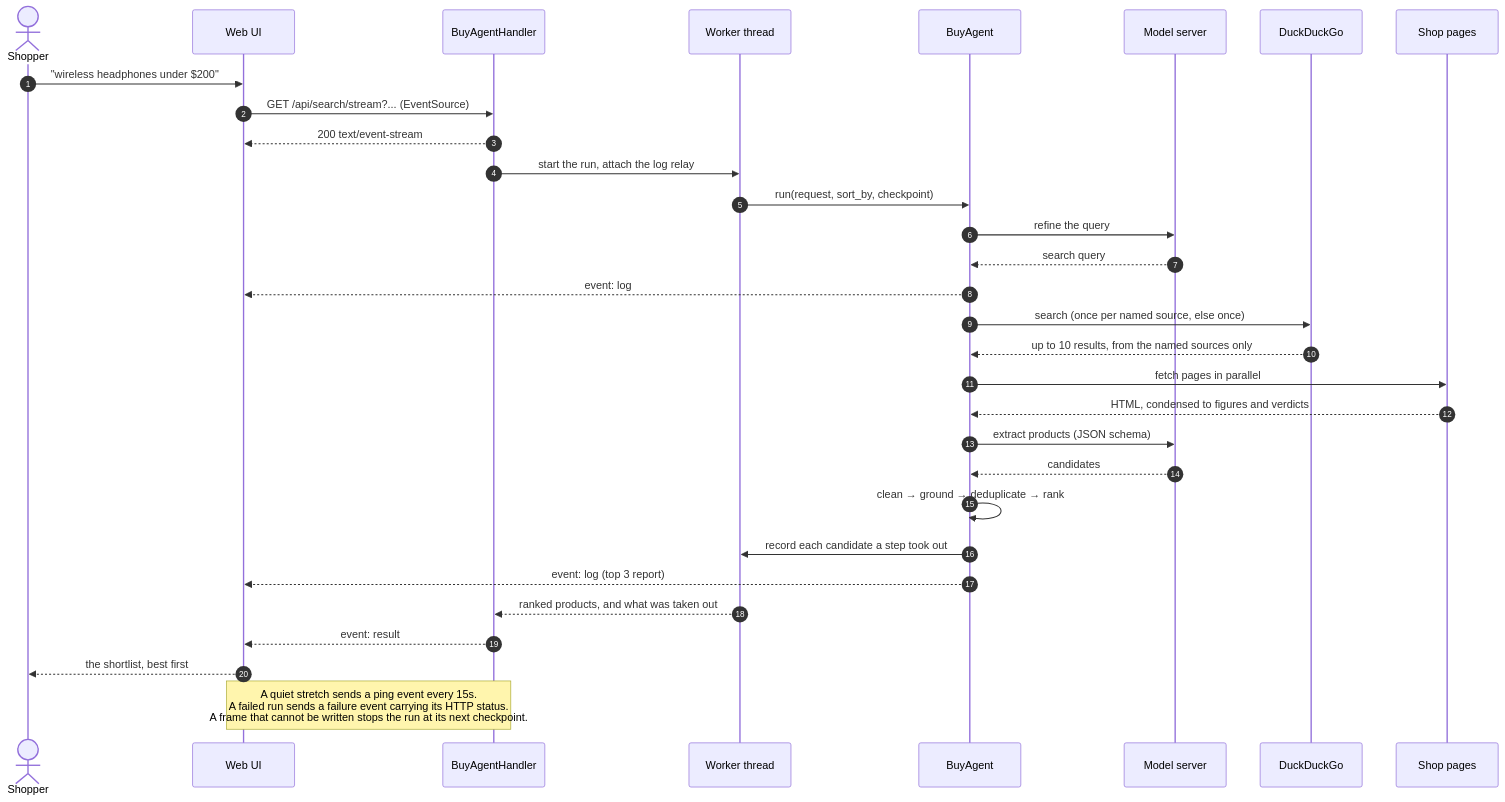
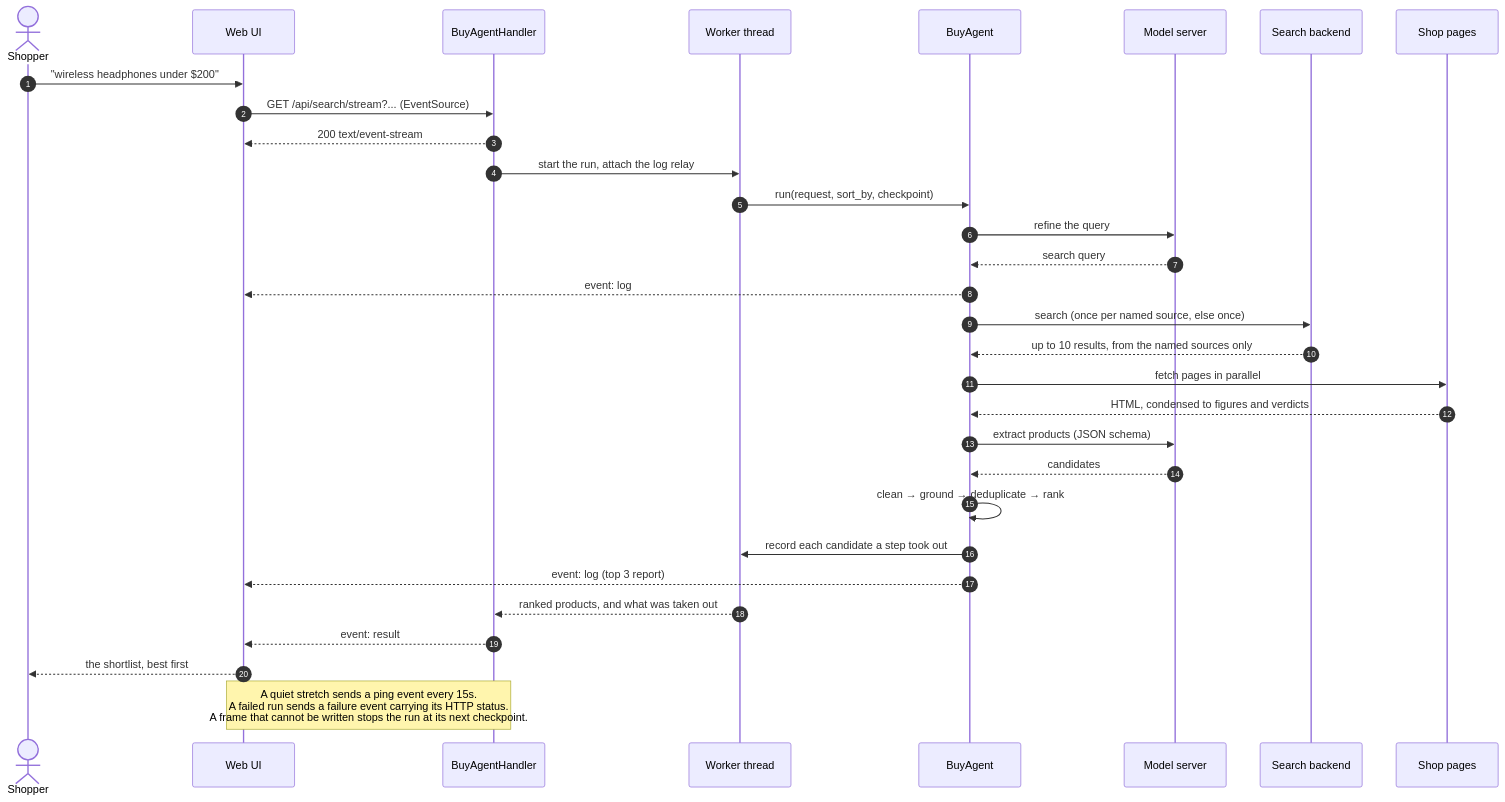
The fifth of 5 diagrams in docs/architecture.md (adamw7/buy_agent), drawn with Mermaid before and after one commit. The commit also changed other lines of this file and 39 other files, not shown here.

First line of the commit message:
Let the shopper name the currency, and the search backend a row in a table (#212)

````diff
--- a/docs/architecture.md
+++ b/docs/architecture.md
@@ -407,34 +413,34 @@
 ```mermaid
 sequenceDiagram
     autonumber
     actor S as Shopper
     participant UI as Web UI
     participant H as BuyAgentHandler
     participant W as Worker thread
     participant A as BuyAgent
     participant O as Model server
-    participant D as DuckDuckGo
+    participant D as Search backend
     participant P as Shop pages
 
     S->>UI: "wireless headphones under $200"
     UI->>H: GET /api/search/stream?... (EventSource)
     H-->>UI: 200 text/event-stream
     H->>W: start the run, attach the log relay
     W->>A: run(request, sort_by, checkpoint)
     A->>O: refine the query
     O-->>A: search query
     A-->>UI: event: log
     A->>D: search (once per named source, else once)
     D-->>A: up to 10 results, from the named sources only
     A->>P: fetch pages in parallel
     P-->>A: HTML, condensed to figures and verdicts
     A->>O: extract products (JSON schema)
     O-->>A: candidates
     A->>A: clean → ground → deduplicate → rank
     A->>W: record each candidate a step took out
     A-->>UI: event: log (top 3 report)
     W-->>H: ranked products, and what was taken out
     H-->>UI: event: result
     UI-->>S: the shortlist, best first
     Note over H,UI: A quiet stretch sends a ping event every 15s.<br/>A failed run sends a failure event carrying its HTTP status.<br/>A frame that cannot be written stops the run at its next checkpoint.
 ```
````
